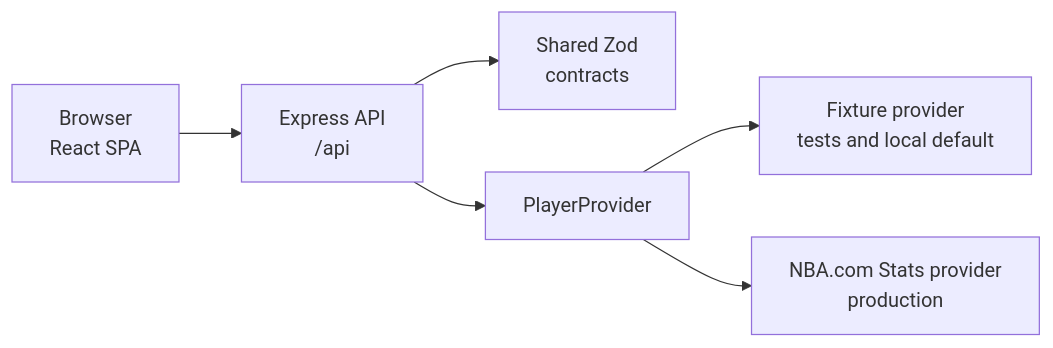
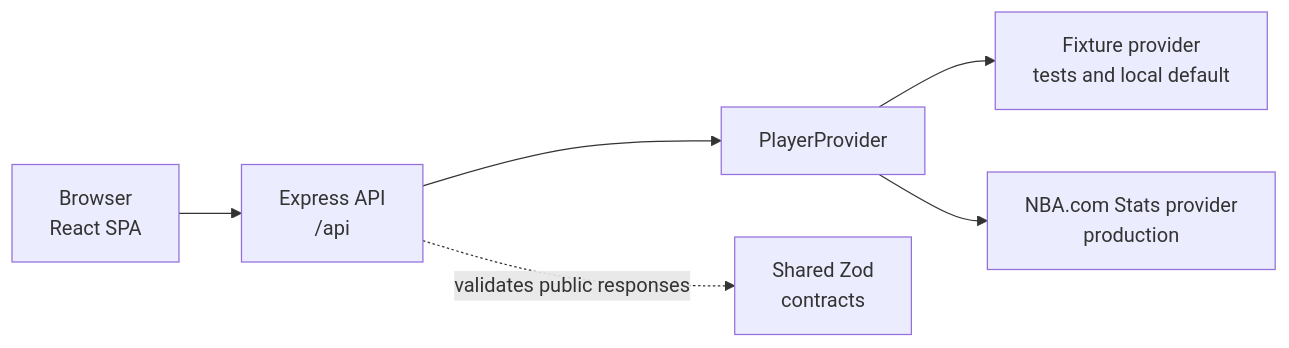
One commit to lorenzodarioben-lgtm/nba-performance-explorer changed the diagram in README.md. Above: the diagram before and after it, drawn with Mermaid. The commit also changed other lines of this file and 2 other files, not shown here.

````diff
--- a/README.md
+++ b/README.md
@@ -54,8 +54,8 @@
 ```mermaid
 flowchart LR
   Browser["Browser\nReact SPA"] --> Api["Express API\n/api"]
-  Api --> Contracts["Shared Zod\ncontracts"]
   Api --> Provider["PlayerProvider"]
   Provider --> Fixture["Fixture provider\ntests and local default"]
   Provider --> Live["NBA.com Stats provider\nproduction"]
+  Api -. "validates public responses" .-> Contracts["Shared Zod\ncontracts"]
 ```
````
